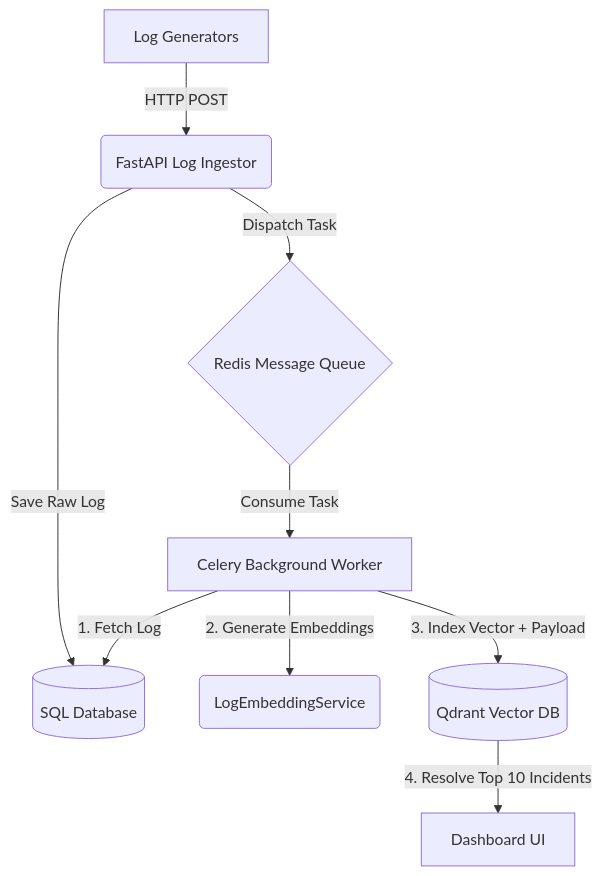
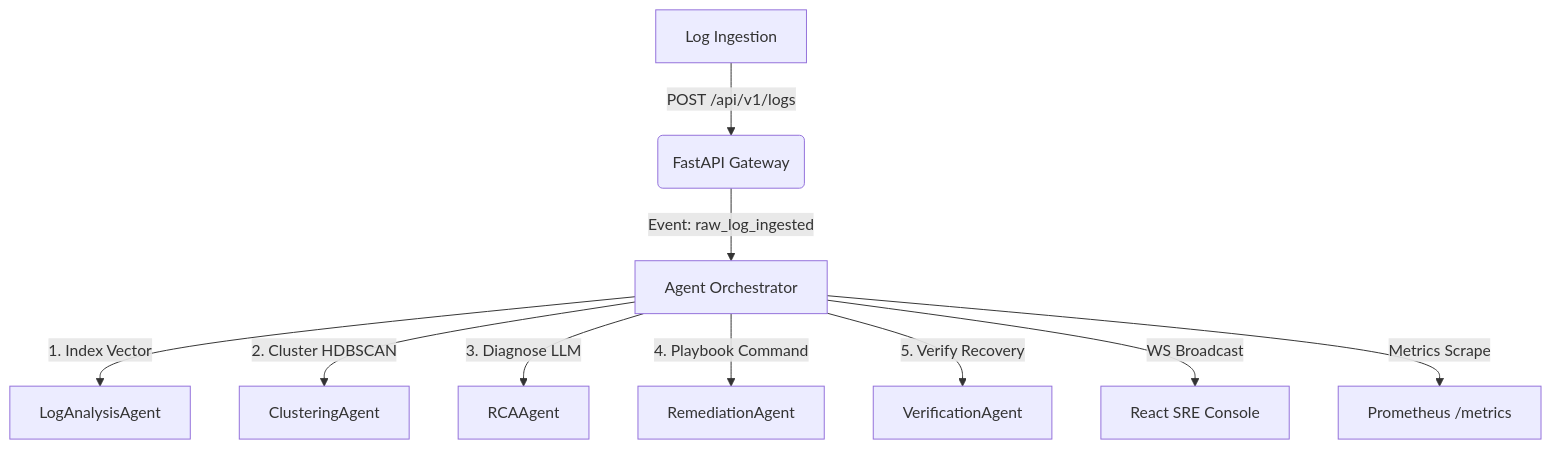
The diagram in README.md (Anurag-modgil/RootLens), drawn with Mermaid before and after one commit. The commit also changed other lines of this file, not shown here.

Commit message:
Update README.md with Multi-Agent SRE, React Dashboard, WebSockets, and Production Setup

````diff
--- a/README.md
+++ b/README.md
@@ -21,11 +24,13 @@
 ```mermaid
 flowchart TD
-    A[Log Generators] -->|HTTP POST| B(FastAPI Log Ingestor)
-    B -->|Save Raw Log| C[(SQL Database)]
-    B -->|Dispatch Task| D{Redis Message Queue}
-    D -->|Consume Task| E[Celery Background Worker]
-    E -->|1. Fetch Log| C
-    E -->|2. Generate Embeddings| F(LogEmbeddingService)
-    E -->|3. Index Vector + Payload| G[(Qdrant Vector DB)]
-    G -->|4. Resolve Top 10 Incidents| H[Dashboard UI]
+    A[Log Ingestion] -->|POST /api/v1/logs| B(FastAPI Gateway)
+    B -->|Event: raw_log_ingested| Orchestrator[Agent Orchestrator]
+    Orchestrator -->|1. Index Vector| LA[LogAnalysisAgent]
+    Orchestrator -->|2. Cluster HDBSCAN| CA[ClusteringAgent]
+    Orchestrator -->|3. Diagnose LLM| RCA[RCAAgent]
+    Orchestrator -->|4. Playbook Command| RA[RemediationAgent]
+    Orchestrator -->|5. Verify Recovery| VA[VerificationAgent]
+    
+    Orchestrator -->|WS Broadcast| UI[React SRE Console]
+    Orchestrator -->|Metrics Scrape| Prom[Prometheus /metrics]
 ```
````
